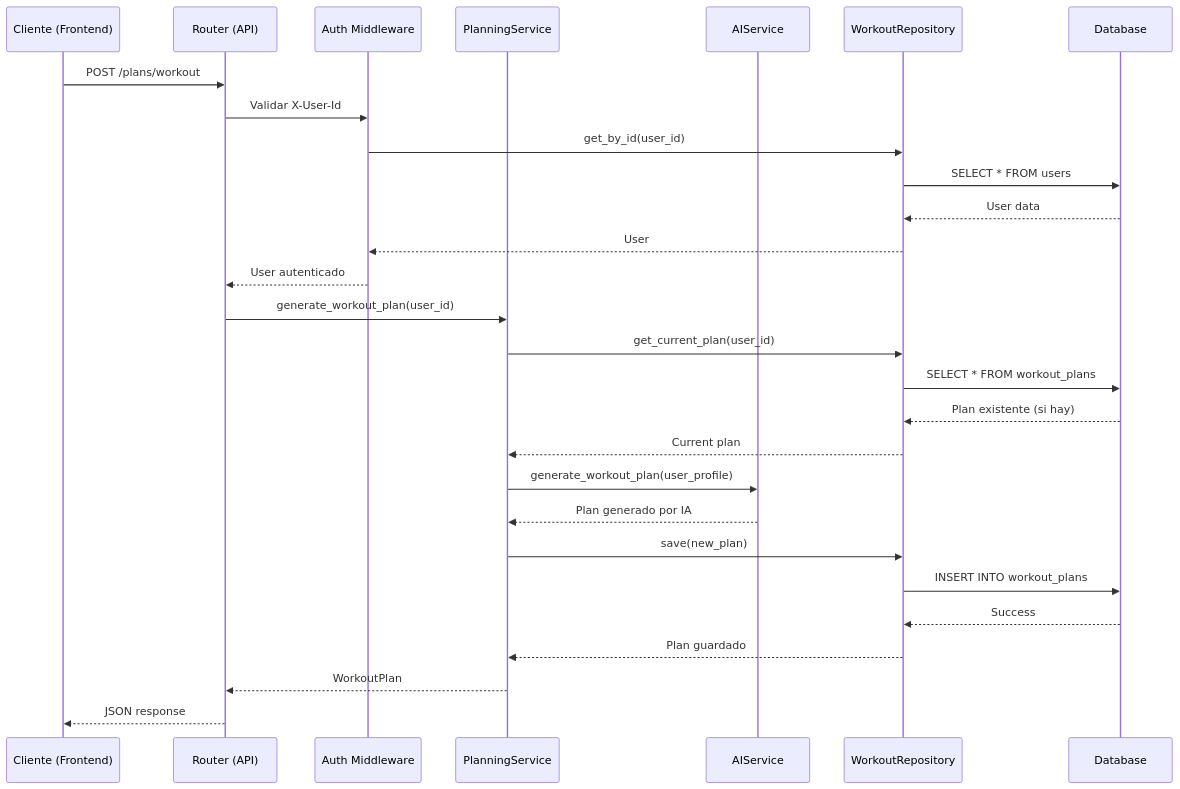
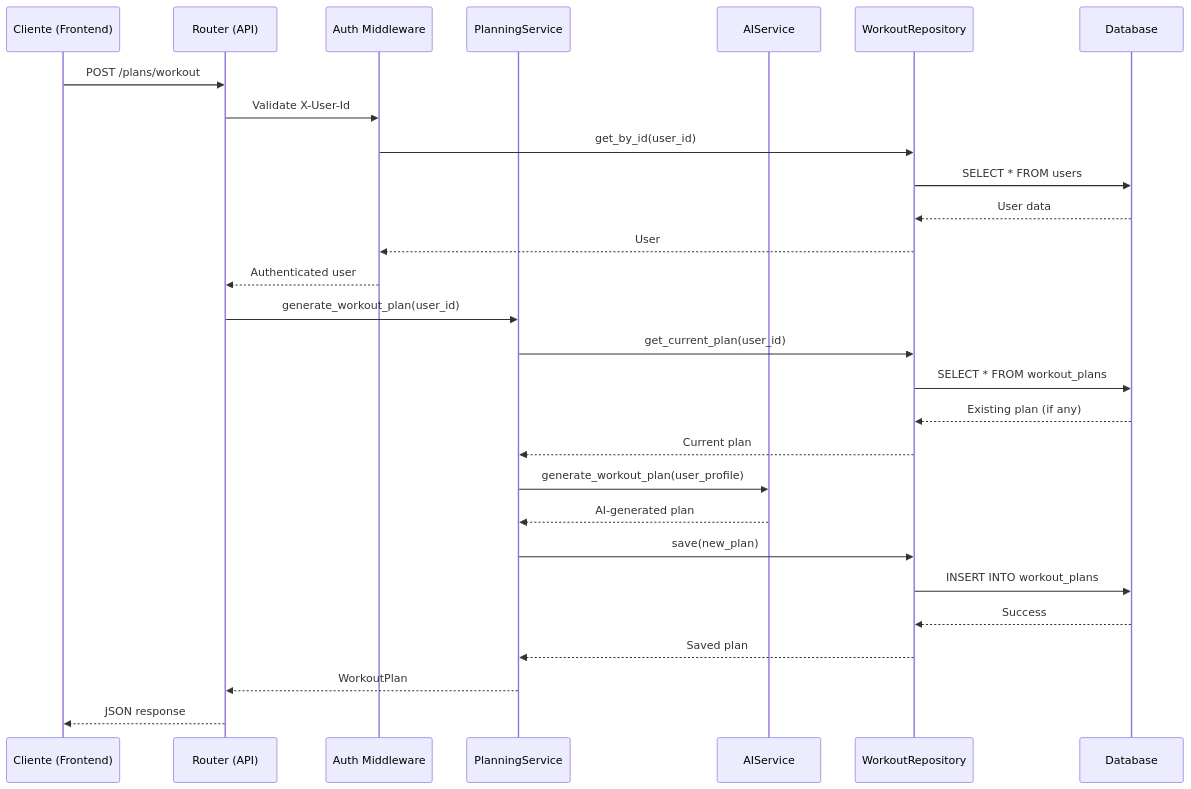
One commit to LuisFelipe09/agent_fitness changed the fourth of 5 diagrams in ARCHITECTURE.md. Above: the diagram before and after it, drawn with Mermaid. The commit also changed other lines of this file and 1 other file, not shown here.

Commit message:
docs: Translate architecture document to English and create project README.

````diff
--- a/ARCHITECTURE.md
+++ b/ARCHITECTURE.md
@@ -287,35 +287,35 @@
 ```mermaid
 sequenceDiagram
     participant C as Cliente (Frontend)
     participant R as Router (API)
     participant Auth as Auth Middleware
     participant PS as PlanningService
     participant AI as AIService
     participant WR as WorkoutRepository
     participant DB as Database
     
     C->>R: POST /plans/workout
-    R->>Auth: Validar X-User-Id
+    R->>Auth: Validate X-User-Id
     Auth->>WR: get_by_id(user_id)
     WR->>DB: SELECT * FROM users
     DB-->>WR: User data
     WR-->>Auth: User
-    Auth-->>R: User autenticado
+    Auth-->>R: Authenticated user
     
     R->>PS: generate_workout_plan(user_id)
     PS->>WR: get_current_plan(user_id)
     WR->>DB: SELECT * FROM workout_plans
-    DB-->>WR: Plan existente (si hay)
+    DB-->>WR: Existing plan (if any)
     WR-->>PS: Current plan
     
     PS->>AI: generate_workout_plan(user_profile)
-    AI-->>PS: Plan generado por IA
+    AI-->>PS: AI-generated plan
     
     PS->>WR: save(new_plan)
     WR->>DB: INSERT INTO workout_plans
     DB-->>WR: Success
-    WR-->>PS: Plan guardado
+    WR-->>PS: Saved plan
     
     PS-->>R: WorkoutPlan
     R-->>C: JSON response
 ```
````
